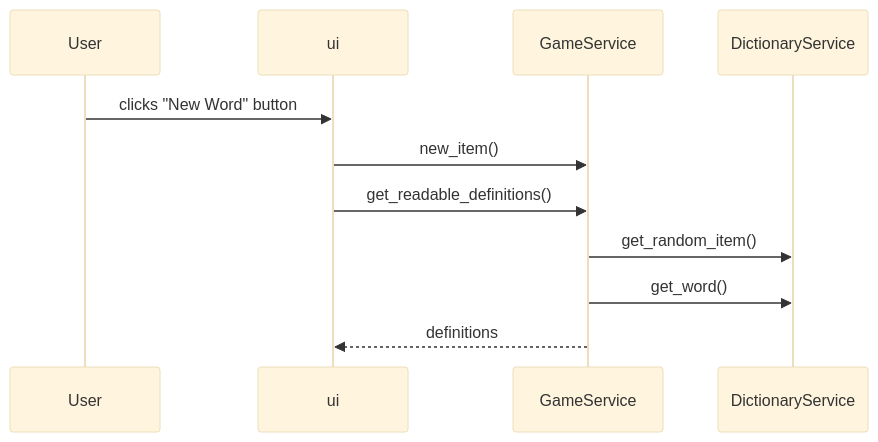
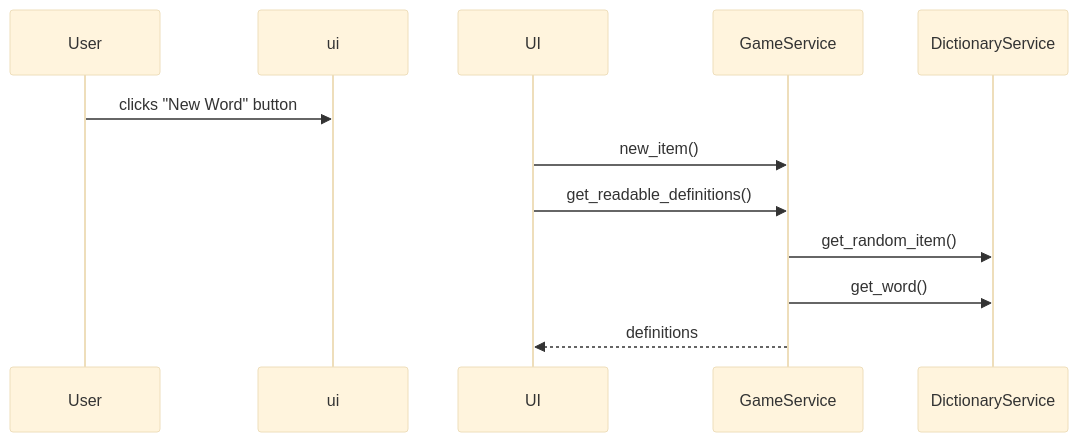
One commit to juhanikat/ot-harjoitustyo changed the second of 2 diagrams in dokumentaatio/arkkitehtuuri.md. Above: the diagram before and after it, drawn with Mermaid (base theme). The commit also changed other lines of this file and 5 other files, not shown here.

````diff
--- a/dokumentaatio/arkkitehtuuri.md
+++ b/dokumentaatio/arkkitehtuuri.md
@@ -14,9 +25,9 @@
 ```mermaid
     sequenceDiagram
         User ->> ui: clicks "New Word" button
-        ui ->> GameService: new_item()
-        ui ->> GameService: get_readable_definitions()
+        UI ->> GameService: new_item()
+        UI ->> GameService: get_readable_definitions()
         GameService ->> DictionaryService: get_random_item()
         GameService ->> DictionaryService: get_word()
-        GameService -->> ui: definitions
+        GameService -->> UI: definitions
 ```
````
